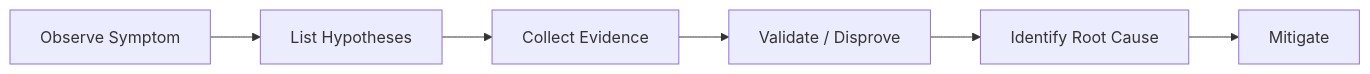
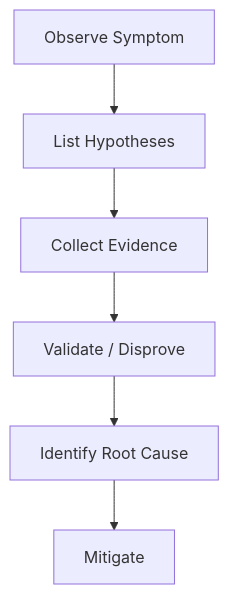
Before and after one commit to yeongseon/azure-container-apps-practical-guide: the first of 2 diagrams in docs/troubleshooting/index.md, drawn with Mermaid. The commit also changed 144 other files, not shown here.

First line of the commit message:
docs: convert LR diagrams to TD for readability and add orientation rule

````diff
--- a/docs/troubleshooting/index.md
+++ b/docs/troubleshooting/index.md
@@ -31,8 +31,8 @@
 ```mermaid
-graph LR
+graph TD
     A[Observe Symptom] --> B[List Hypotheses]
     B --> C[Collect Evidence]
     C --> D[Validate / Disprove]
     D --> E[Identify Root Cause]
     E --> F[Mitigate]
 ```
````
